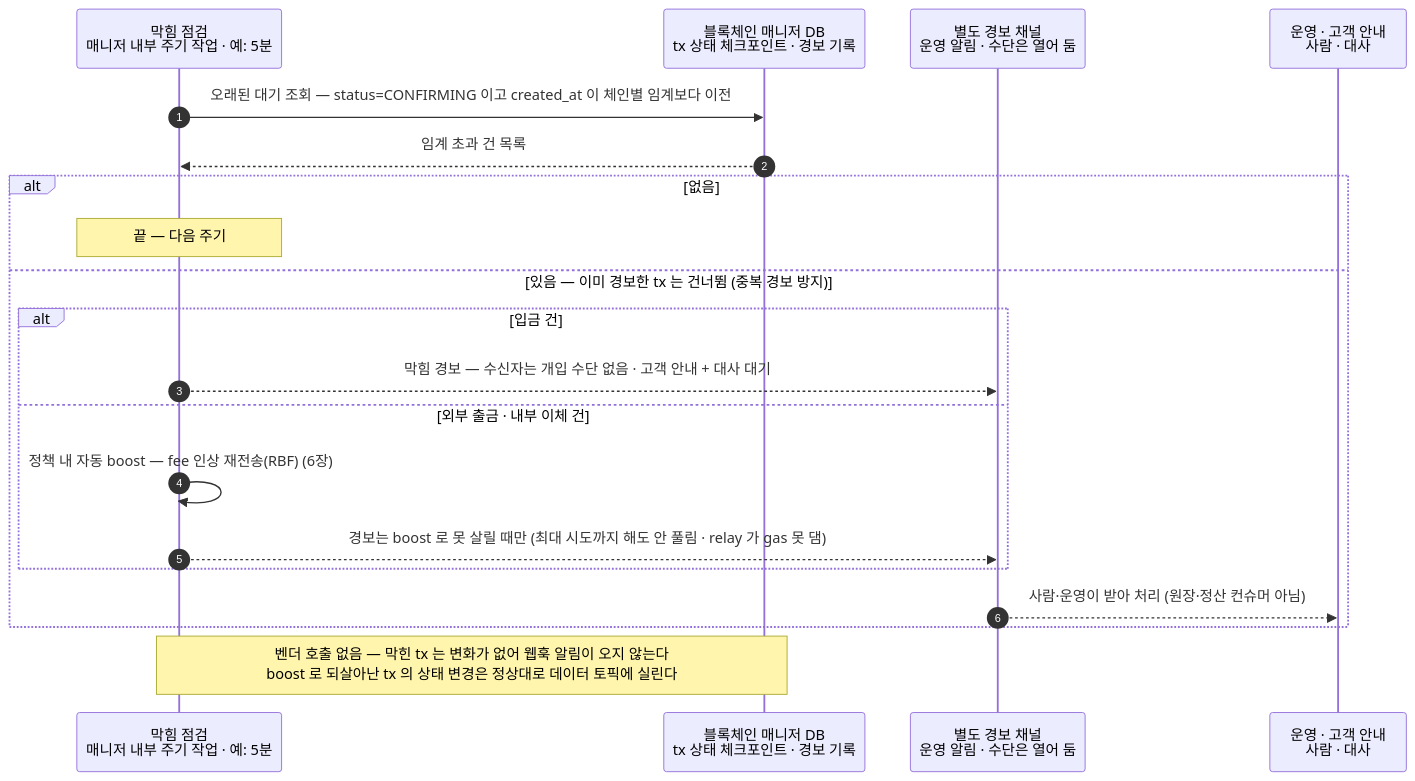
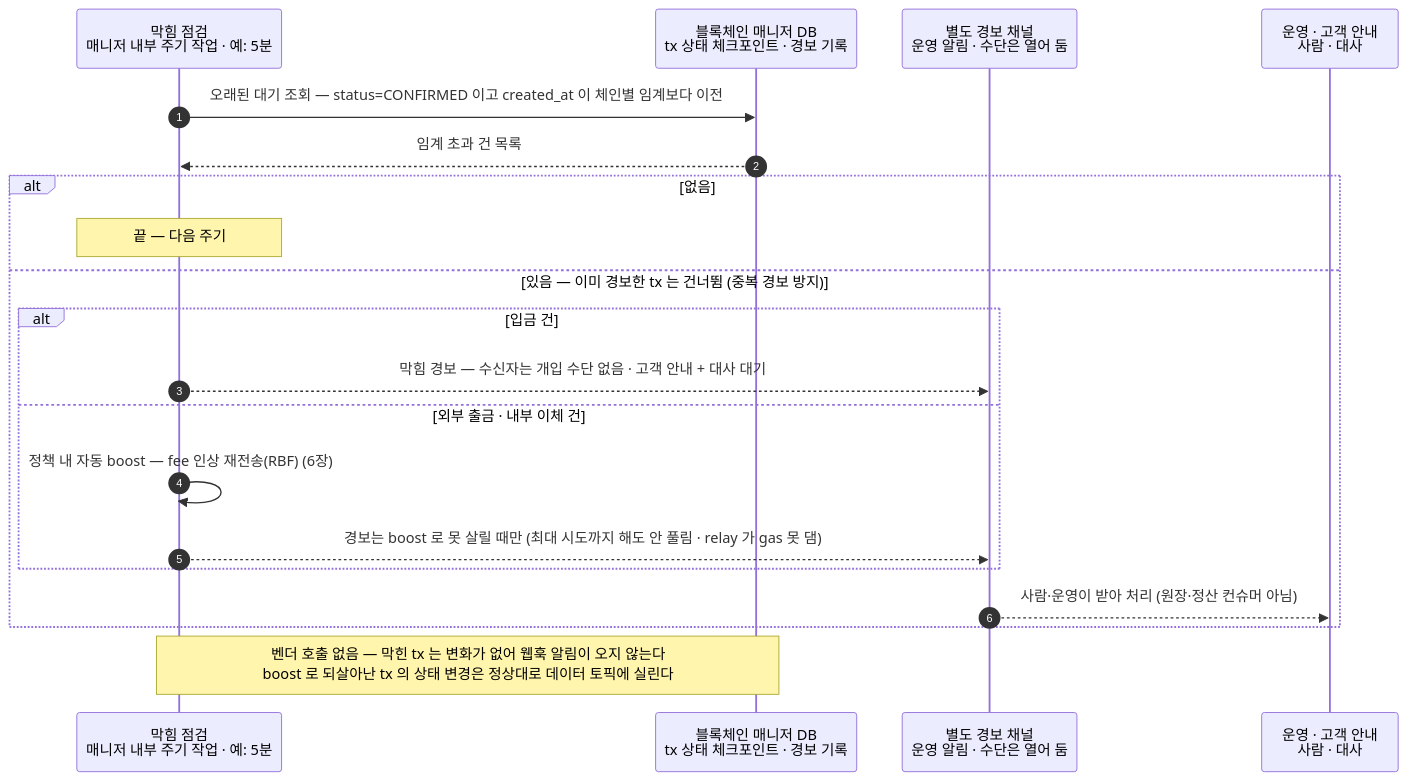
Before and after one commit to eunsujeo/eunpus: the second of 2 diagrams in blockchain-manager/docs/블록체인매니저/설계/04-detect-confirm.md, drawn with Mermaid. The commit also changed other lines of this file and 17 other files, not shown here.

First line of the commit message:
TxStatus 계약 어휘 개명 — CONFIRMING→CONFIRMED, COMPLETED→FINALIZED

````diff
--- a/blockchain-manager/docs/블록체인매니저/설계/04-detect-confirm.md
+++ b/blockchain-manager/docs/블록체인매니저/설계/04-detect-confirm.md
@@ -139,23 +141,23 @@
 ```mermaid
 sequenceDiagram
     autonumber
     participant SW as 막힘 점검<br/>매니저 내부 주기 작업 · 예: 5분
     participant MDB as 블록체인 매니저 DB<br/>tx 상태 체크포인트 · 경보 기록
     participant AL as 별도 경보 채널<br/>운영 알림 · 수단은 열어 둠
     participant OPS as 운영 · 고객 안내<br/>사람 · 대사
 
-    SW->>MDB: 오래된 대기 조회 — status=CONFIRMING 이고 created_at 이 체인별 임계보다 이전
+    SW->>MDB: 오래된 대기 조회 — status=CONFIRMED 이고 created_at 이 체인별 임계보다 이전
     MDB-->>SW: 임계 초과 건 목록
     alt 없음
         Note over SW: 끝 — 다음 주기
     else 있음 — 이미 경보한 tx 는 건너뜀 (중복 경보 방지)
         alt 입금 건
             SW-->>AL: 막힘 경보 — 수신자는 개입 수단 없음 · 고객 안내 + 대사 대기
         else 외부 출금 · 내부 이체 건
             SW->>SW: 정책 내 자동 boost — fee 인상 재전송(RBF) (6장)
             SW-->>AL: 경보는 boost 로 못 살릴 때만 (최대 시도까지 해도 안 풀림 · relay 가 gas 못 댐)
         end
         AL-->>OPS: 사람·운영이 받아 처리 (원장·정산 컨슈머 아님)
     end
     Note over SW,MDB: 벤더 호출 없음 — 막힌 tx 는 변화가 없어 웹훅 알림이 오지 않는다<br/>boost 로 되살아난 tx 의 상태 변경은 정상대로 데이터 토픽에 실린다
 ```
````
